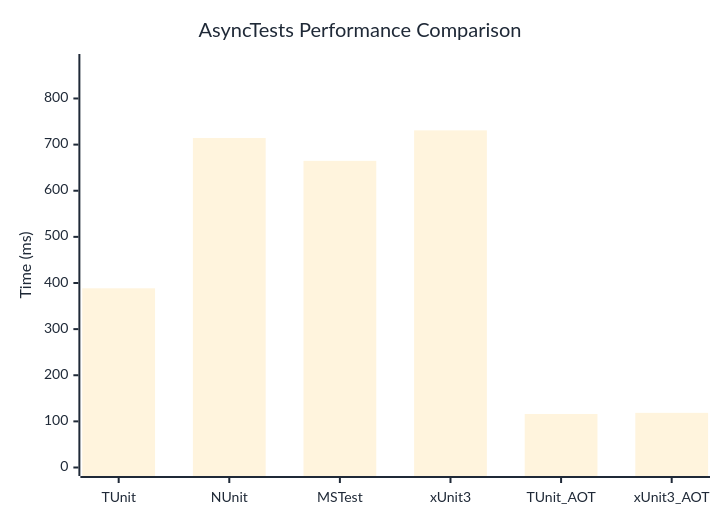
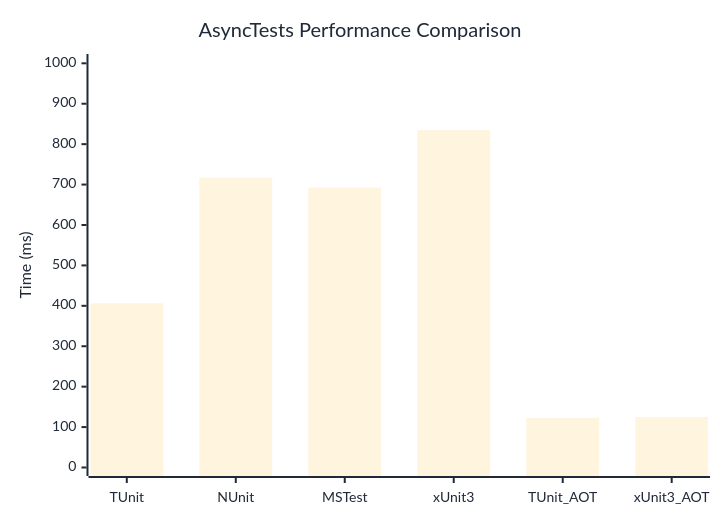
One commit to thomhurst/TUnit changed the diagram in docs/docs/benchmarks/engine/AsyncTests.md. Above: the diagram before and after it, drawn with Mermaid. The commit also changed other lines of this file and 18 other files, not shown here.

````diff
--- a/docs/docs/benchmarks/engine/AsyncTests.md
+++ b/docs/docs/benchmarks/engine/AsyncTests.md
@@ -30,37 +30,37 @@
 ```mermaid
 %%{init: {
   'theme':'base',
   'themeVariables': {
     'primaryColor': '#2563eb',
     'primaryTextColor': '#1f2937',
     'primaryBorderColor': '#1e40af',
     'lineColor': '#6b7280',
     'secondaryColor': '#7c3aed',
     'tertiaryColor': '#dc2626',
     'background': '#ffffff',
     'mainBkg': '#2563eb',
     'secondBkg': '#7c3aed',
     'tertiaryBkg': '#dc2626',
     'clusterBkg': '#f3f4f6',
     'edgeLabelBackground': '#ffffff',
     'tertiaryTextColor': '#1f2937',
     'pie1': '#2563eb',
     'pie2': '#7c3aed',
     'pie3': '#dc2626',
     'pie4': '#f59e0b',
     'pie5': '#10b981',
     'pie6': '#06b6d4',
     'pie7': '#ec4899',
     'pie8': '#6366f1',
     'pie9': '#84cc16',
     'pie10': '#f97316',
     'pie11': '#14b8a6',
     'pie12': '#a855f7'
   }
 }}%%
 xychart-beta
   title "AsyncTests Performance Comparison"
   x-axis ["TUnit", "NUnit", "MSTest", "xUnit3", "TUnit_AOT", "xUnit3_AOT"]
-  y-axis "Time (ms)" 0 --> 878
-  bar [388.5, 714.3, 664.8, 730.9, 116, 118.5]
+  y-axis "Time (ms)" 0 --> 1002
+  bar [406.2, 716.9, 692.5, 834.6, 122.8, 125.1]
 ```
````
